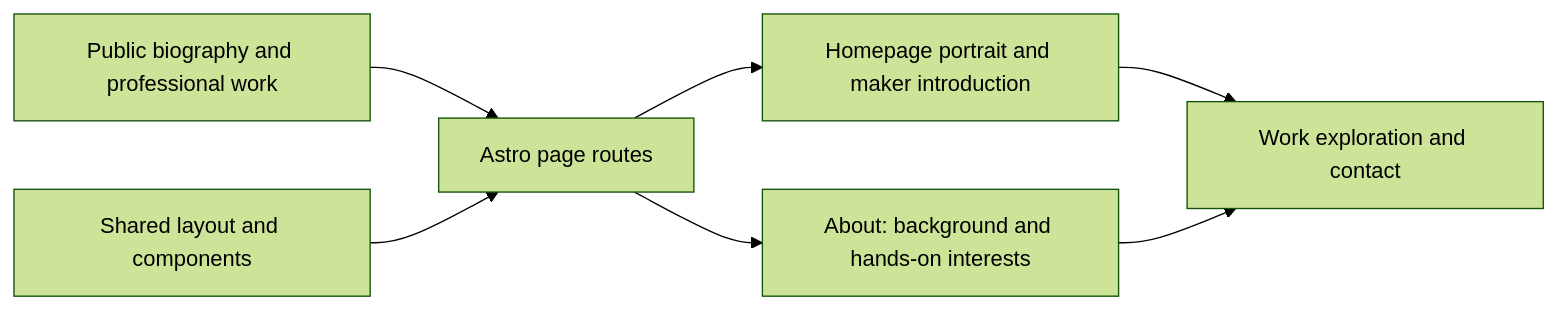
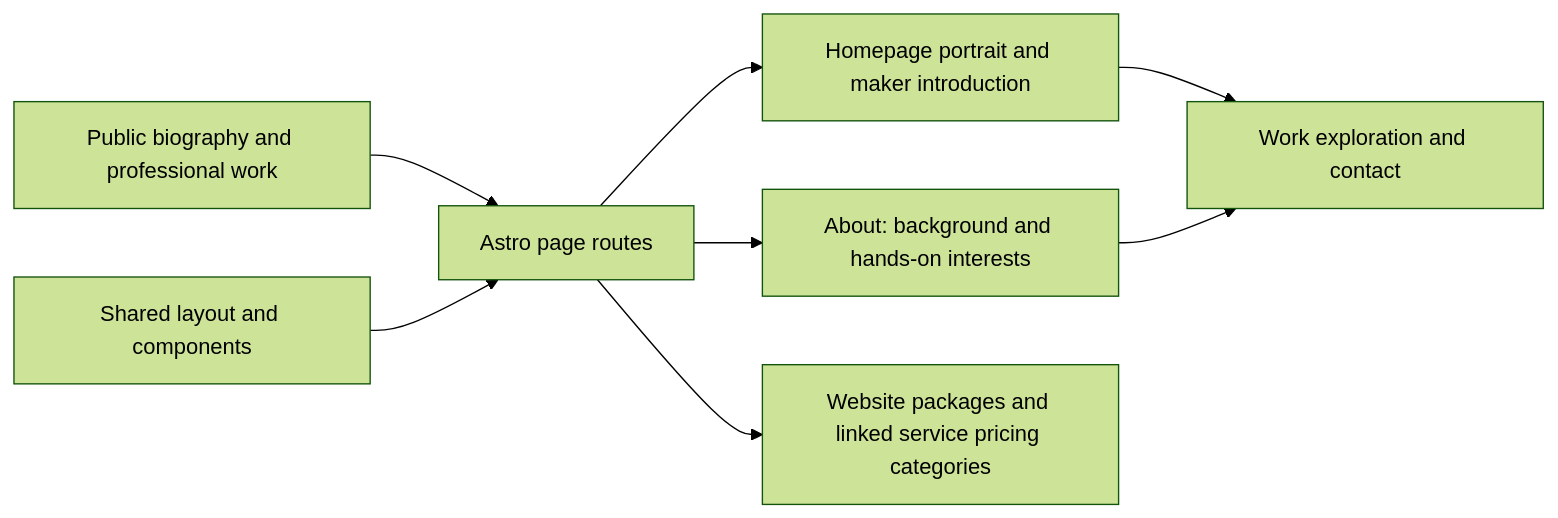
Before and after one commit to anoblet/astronautical-apogee: the diagram in src/pages/_readme.md, drawn with Mermaid (forest theme). The commit also changed other lines of this file and 12 other files, not shown here.

Commit message:
feat(pricing): connect service categories and clarify plans

````diff
--- a/src/pages/_readme.md
+++ b/src/pages/_readme.md
@@ -10,9 +11,10 @@
 ```mermaid
 flowchart LR
     Biography[Public biography and professional work] --> Routes[Astro page routes]
     Routes --> Home[Homepage portrait and maker introduction]
     Routes --> About[About: background and hands-on interests]
     Layout[Shared layout and components] --> Routes
+    Routes --> Pricing[Website packages and linked service pricing categories]
     Home --> Contact[Work exploration and contact]
     About --> Contact
 ```
````
